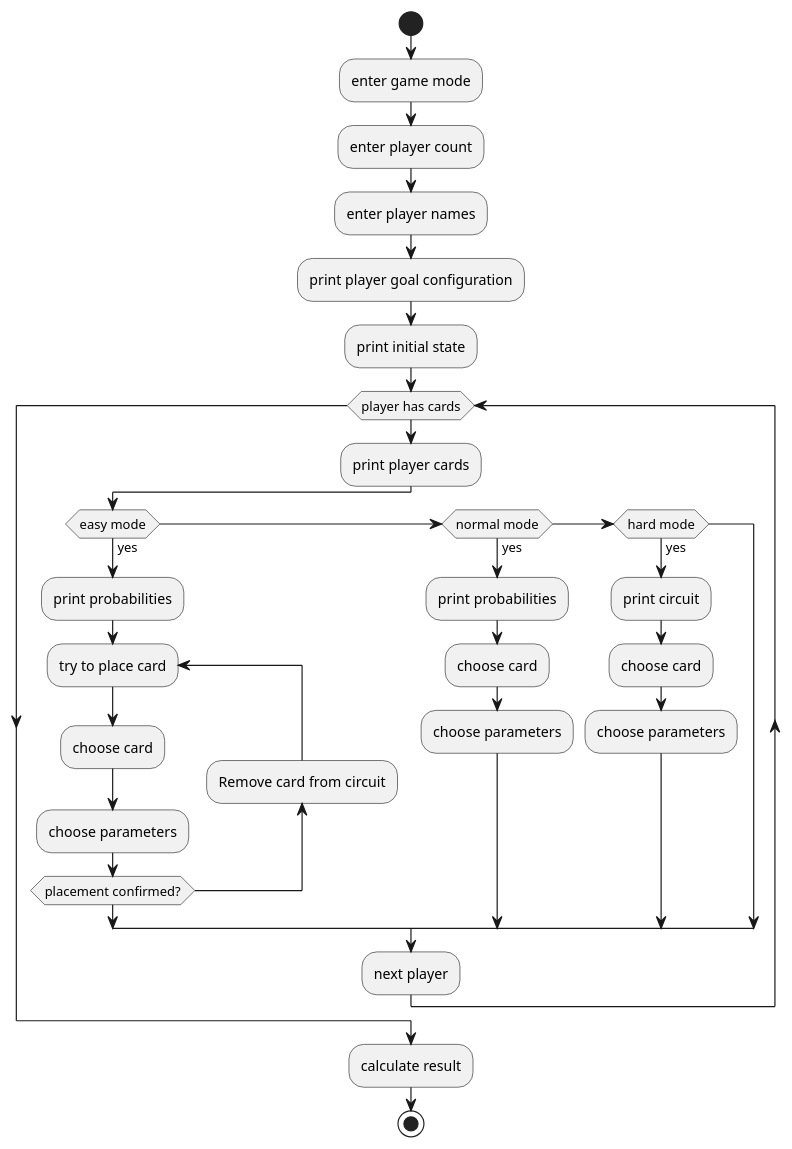
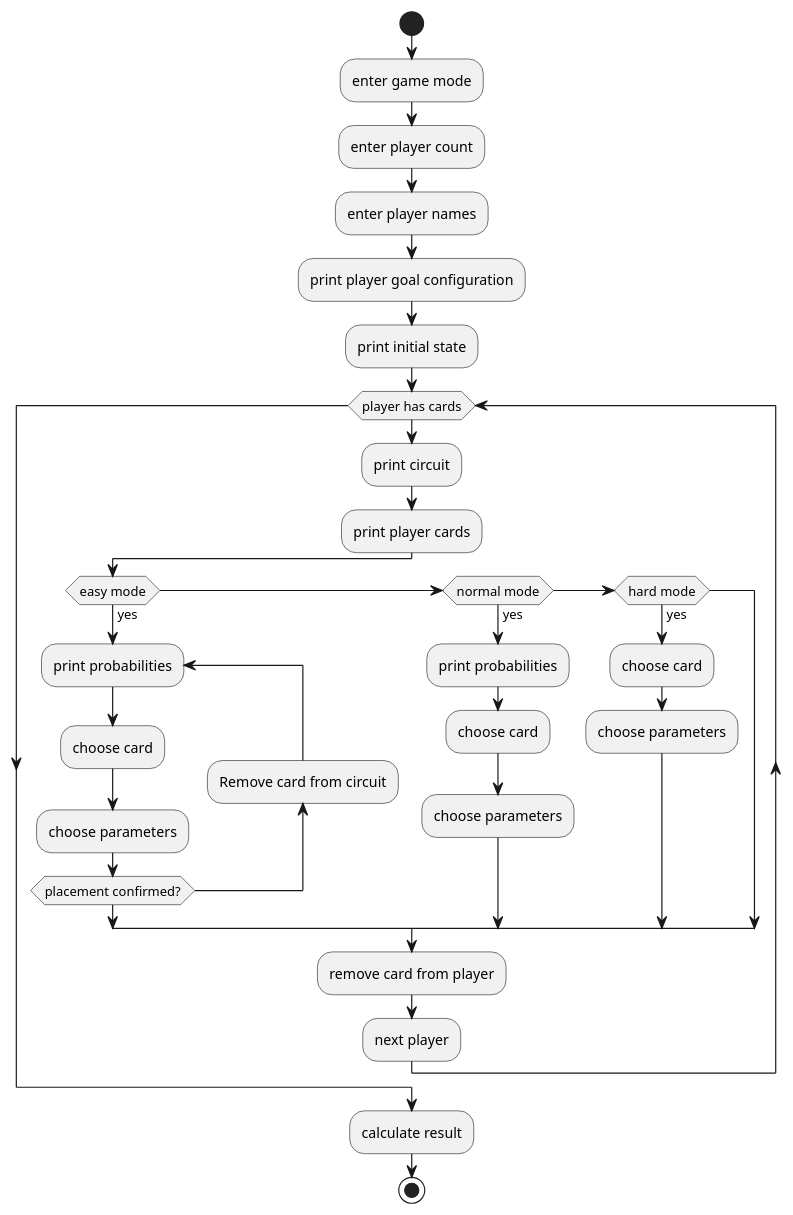
Before and after one commit to TomWerm/QUno: the diagram in README.md, drawn with PlantUML. The commit also changed 3 other files, not shown here.

````diff
--- a/README.md
+++ b/README.md
@@ -33,34 +33,34 @@
 ```plantuml
 @startuml
 start
 :enter game mode;
 :enter player count;
 :enter player names;
 :print player goal configuration;
 :print initial state;
 while (player has cards)
+  :print circuit;
   :print player cards;
     if (easy mode) then (yes)
-        :print probabilities;
-            repeat :try to place card;
+        repeat :print probabilities;
                 :choose card;
                 :choose parameters;
             backward:Remove card from circuit;
             repeat while (placement confirmed?)
     elseif (normal mode) then (yes)
         :print probabilities;
         :choose card;
         :choose parameters;
     elseif (hard mode) then (yes)
-        :print circuit;
         :choose card;
         :choose parameters;
 endif
+  :remove card from player;
   :next player;
 endwhile
 
 :calculate result;
 
 stop
 @enduml
 ```
````
